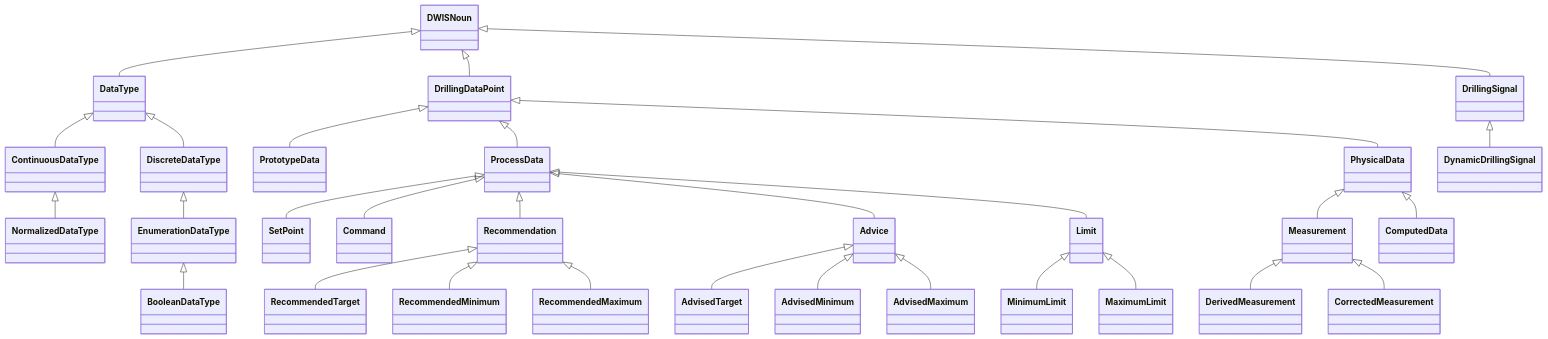
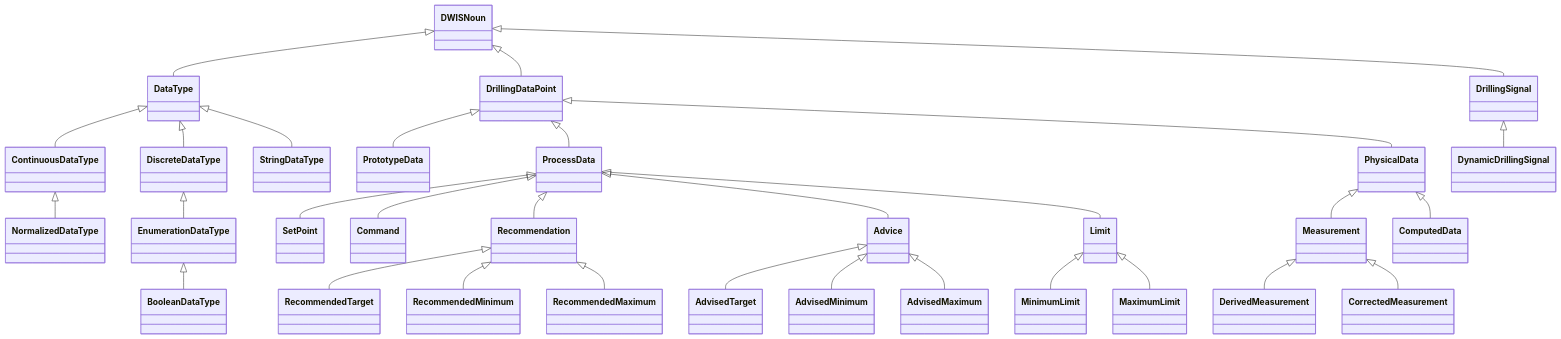
The first of 3 diagrams in docs/vocabulary_development/auto-generated/md/definition-files/DrillingDataSemantics.md (D-WIS/DDHub-Semantic-Interoperability), drawn with Mermaid before and after one commit. The commit also changed other lines of this file and 9 other files, not shown here.

````diff
--- a/docs/vocabulary_development/auto-generated/md/definition-files/DrillingDataSemantics.md
+++ b/docs/vocabulary_development/auto-generated/md/definition-files/DrillingDataSemantics.md
@@ -8,32 +8,33 @@
 ```mermaid
 classDiagram
 DWISNoun <|-- DataType
 DataType <|-- ContinuousDataType
 ContinuousDataType <|-- NormalizedDataType
 DataType <|-- DiscreteDataType
 DiscreteDataType <|-- EnumerationDataType
 EnumerationDataType <|-- BooleanDataType
+DataType <|-- StringDataType
 DWISNoun <|-- DrillingDataPoint
 DrillingDataPoint <|-- PrototypeData
 DrillingDataPoint <|-- ProcessData
 ProcessData <|-- SetPoint
 ProcessData <|-- Command
 ProcessData <|-- Recommendation
 Recommendation <|-- RecommendedTarget
 Recommendation <|-- RecommendedMinimum
 Recommendation <|-- RecommendedMaximum
 ProcessData <|-- Advice
 Advice <|-- AdvisedTarget
 Advice <|-- AdvisedMinimum
 Advice <|-- AdvisedMaximum
 ProcessData <|-- Limit
 Limit <|-- MinimumLimit
 Limit <|-- MaximumLimit
 DrillingDataPoint <|-- PhysicalData
 PhysicalData <|-- Measurement
 Measurement <|-- DerivedMeasurement
 Measurement <|-- CorrectedMeasurement
 PhysicalData <|-- ComputedData
 DWISNoun <|-- DrillingSignal
 DrillingSignal <|-- DynamicDrillingSignal
 ```
````
